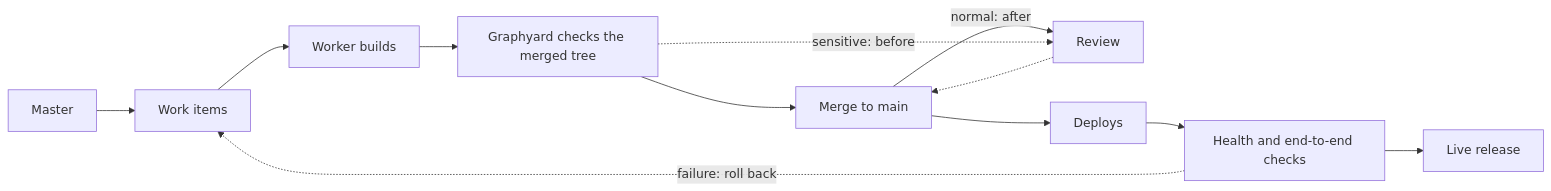
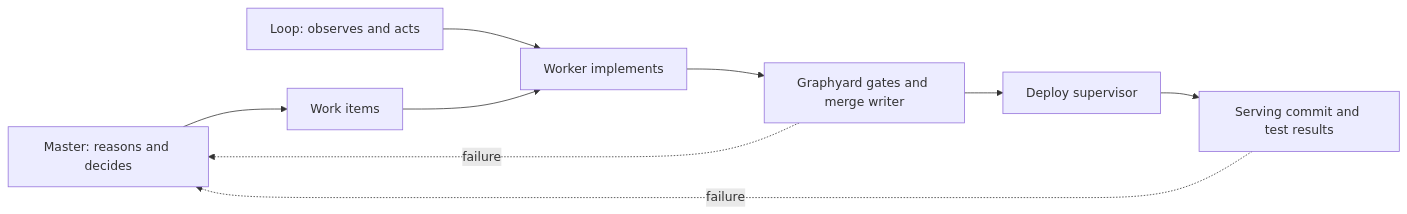
Before and after one commit to cryptob1/graphyard: the diagram in README.md, drawn with Mermaid. The commit also changed other lines of this file and 28 other files, not shown here.

Commit message:
docs: separate master decisions from routine loop and deploy work

````diff
--- a/README.md
+++ b/README.md
@@ -31,8 +28,9 @@
 ```mermaid
 flowchart LR
-  B[Master] --> C[Work items] --> D[Worker builds] --> E[Graphyard checks the merged tree]
-  E --> F[Merge to main] -->|normal: after| G[Review]
-  E -.->|sensitive: before| G -.-> F
-  F --> H[Deploys] --> I[Health and end-to-end checks] --> J[Live release]
-  I -.->|failure: roll back| C
+  M[Master: reasons and decides] --> W[Work items]
+  L[Loop: observes and acts] --> A[Worker implements]
+  W --> A --> G[Graphyard gates and merge writer]
+  G --> D[Deploy supervisor] --> V[Serving commit and test results]
+  G -. failure .-> M
+  V -. failure .-> M
 ```
````
